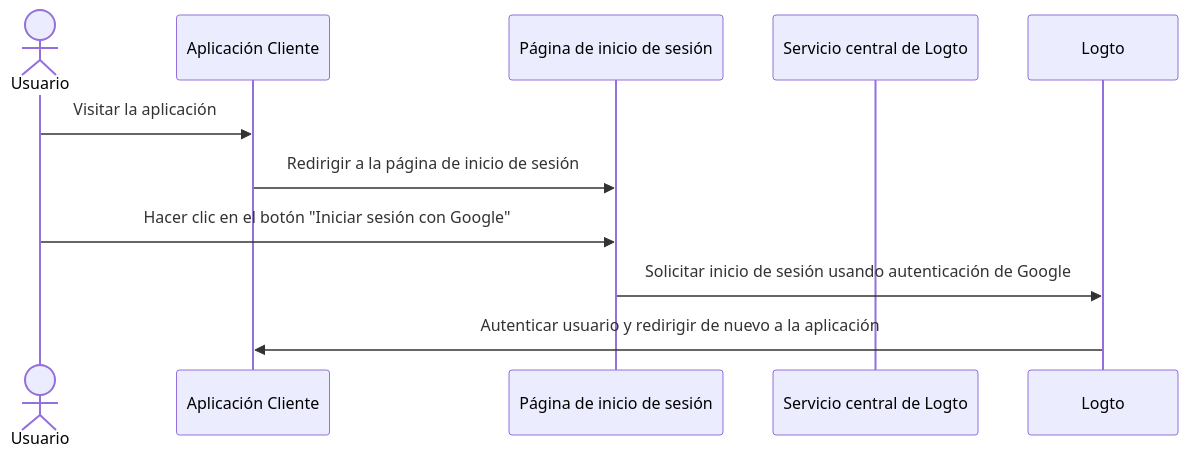
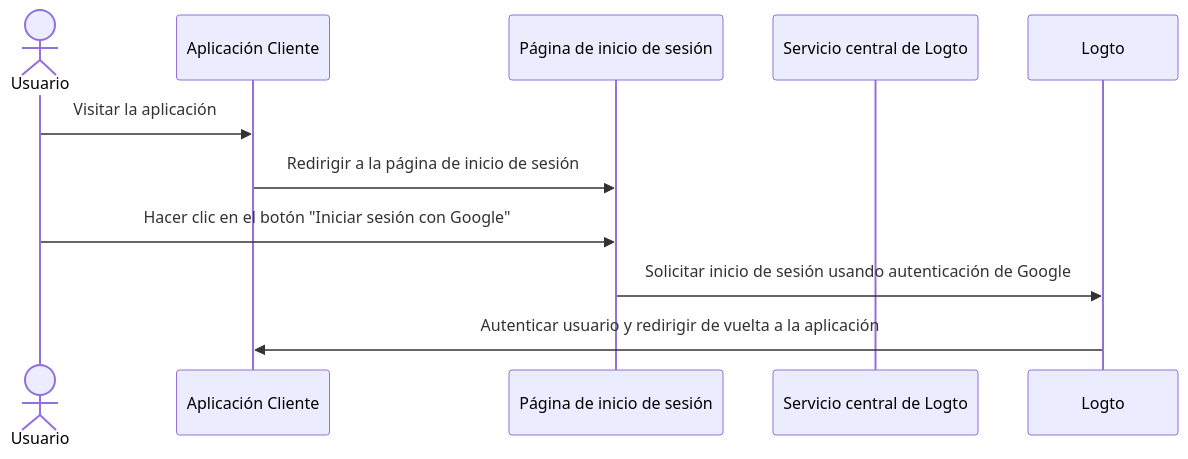
The second of 5 diagrams in i18n/es/docusaurus-plugin-content-docs/current/end-user-flows/sign-up-and-sign-in/social-sign-in.mdx (logto-io/docs), drawn with Mermaid before and after one commit. The commit also changed other lines of this file and 2629 other files, not shown here.

````diff
--- a/i18n/es/docusaurus-plugin-content-docs/current/end-user-flows/sign-up-and-sign-in/social-sign-in.mdx
+++ b/i18n/es/docusaurus-plugin-content-docs/current/end-user-flows/sign-up-and-sign-in/social-sign-in.mdx
@@ -72,13 +75,13 @@
 ```mermaid
 sequenceDiagram
 actor user as Usuario
     participant app as Aplicación Cliente
     participant experience as Página de inicio de sesión
     participant logto as Servicio central de Logto
 
     user->>app: Visitar la aplicación
     app->>experience: Redirigir a la página de inicio de sesión
     user->>experience: Hacer clic en el botón "Iniciar sesión con Google"
     experience->>Logto: Solicitar inicio de sesión usando autenticación de Google
-    Logto->>app: Autenticar usuario y redirigir de nuevo a la aplicación
+    Logto->>app: Autenticar usuario y redirigir de vuelta a la aplicación
 ```
````
